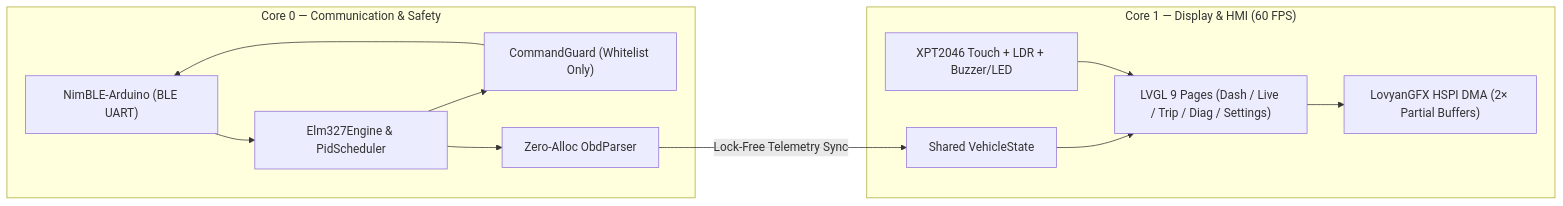
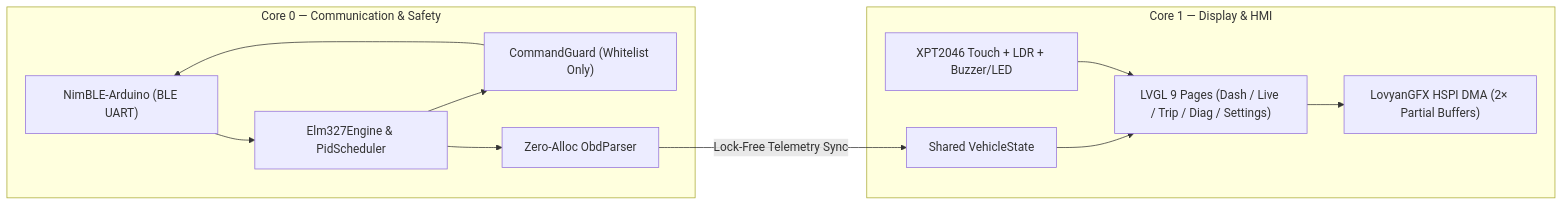
The diagram in README.md (trayrdy/DashStat), drawn with Mermaid before and after one commit. The commit also changed other lines of this file and 3 other files, not shown here.

````diff
--- a/README.md
+++ b/README.md
@@ -29,17 +29,17 @@
 ```mermaid
 flowchart LR
     subgraph Core0["Core 0 — Communication & Safety"]
         BLE["NimBLE-Arduino (BLE UART)"] --> Engine["Elm327Engine & PidScheduler"]
         Engine --> Guard["CommandGuard (Whitelist Only)"]
         Guard --> BLE
         Engine --> Parser["Zero-Alloc ObdParser"]
     end
 
     Parser -->|"Lock-Free Telemetry Sync"| State["Shared VehicleState"]
 
-    subgraph Core1["Core 1 — Display & HMI (60 FPS)"]
+    subgraph Core1["Core 1 — Display & HMI"]
         State --> UI["LVGL 9 Pages (Dash / Live / Trip / Diag / Settings)"]
         UI --> DMA["LovyanGFX HSPI DMA (2× Partial Buffers)"]
         Touch["XPT2046 Touch + LDR + Buzzer/LED"] --> UI
     end
 ```
````
